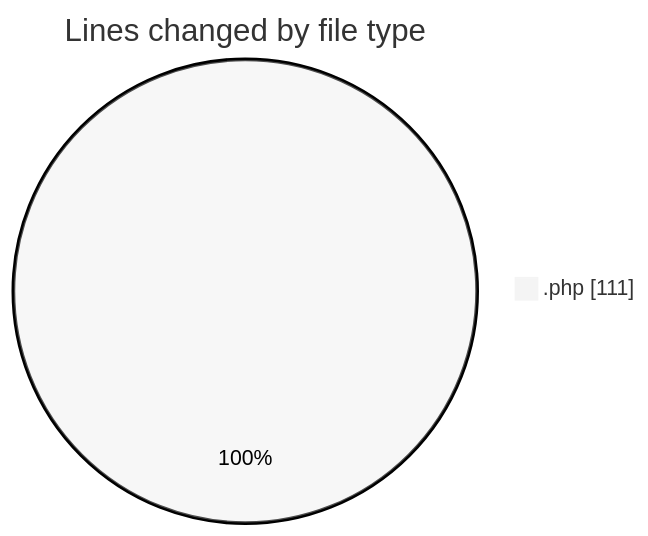
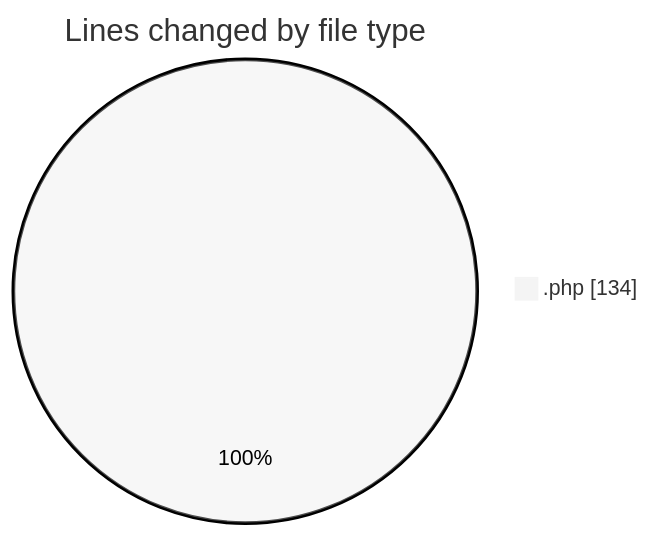
The first of 2 diagrams in 2025-10-08/url-shortener/README.md (Ritupan-Deka/code-tracking), drawn with Mermaid (neutral theme) before and after one commit. The commit also changed other lines of this file and 1 other file, not shown here.

````diff
--- a/2025-10-08/url-shortener/README.md
+++ b/2025-10-08/url-shortener/README.md
@@ -21,5 +22,5 @@
 ```mermaid
 pie showData
 title Lines changed by file type
-".php" : 111
+".php" : 134
 ```
````
